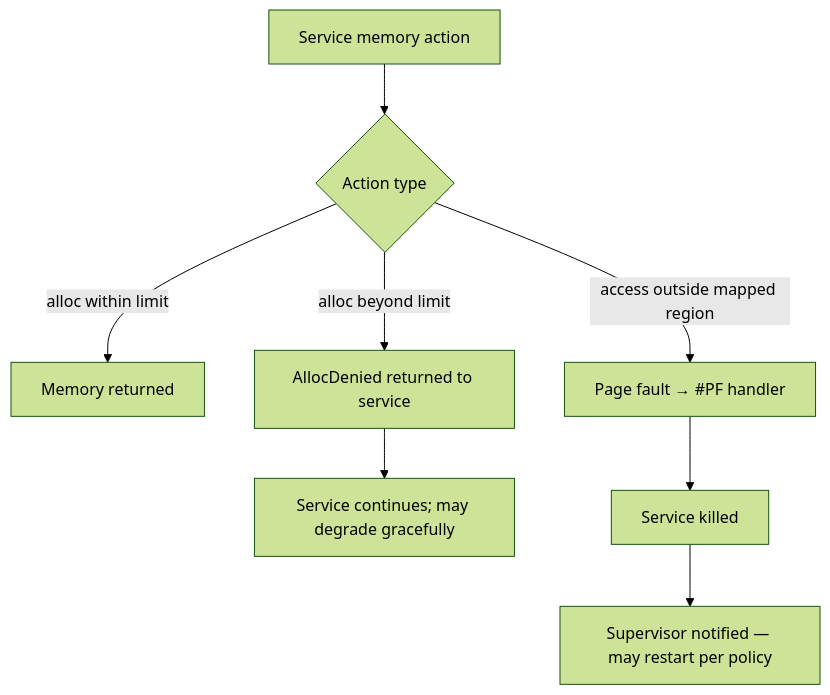
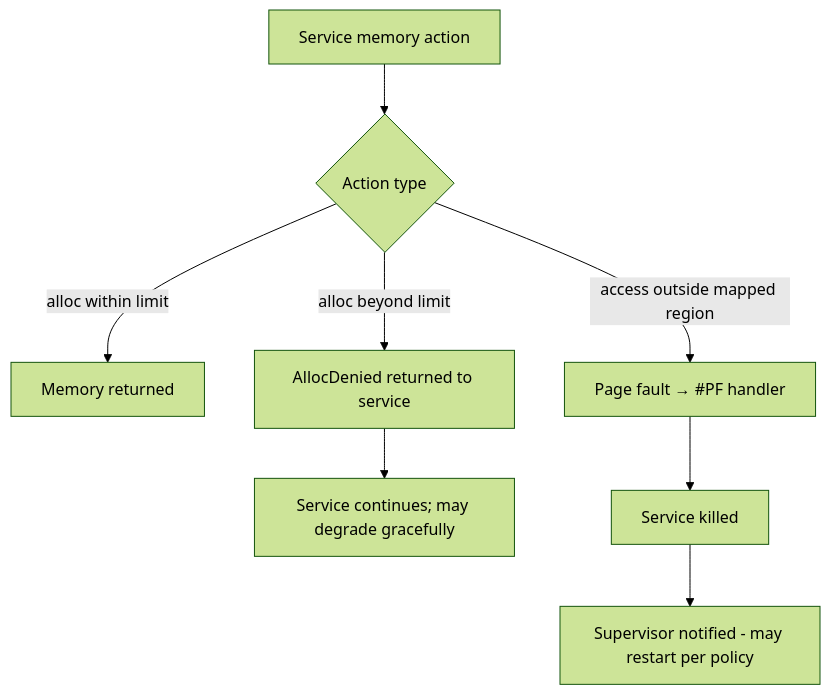
One commit to godspeedhq/godspeed-os changed the diagram in kernel/src/memory/CLAUDE.md. Above: the diagram before and after it, drawn with Mermaid (forest theme). The commit also changed other lines of this file and 148 other files, not shown here.

````diff
--- a/kernel/src/memory/CLAUDE.md
+++ b/kernel/src/memory/CLAUDE.md
@@ -31,11 +31,11 @@
 ```mermaid
 flowchart TD
     Start[Service memory action]
     Start --> Type{Action type}
     Type -->|alloc within limit| Ok[Memory returned]
     Type -->|alloc beyond limit| AD[AllocDenied returned to service]
     Type -->|access outside mapped region| Fault[Page fault → #PF handler]
     AD --> Cont[Service continues; may degrade gracefully]
     Fault --> Kill[Service killed]
-    Kill --> Sup[Supervisor notified — may restart per policy]
+    Kill --> Sup[Supervisor notified - may restart per policy]
 ```
````
